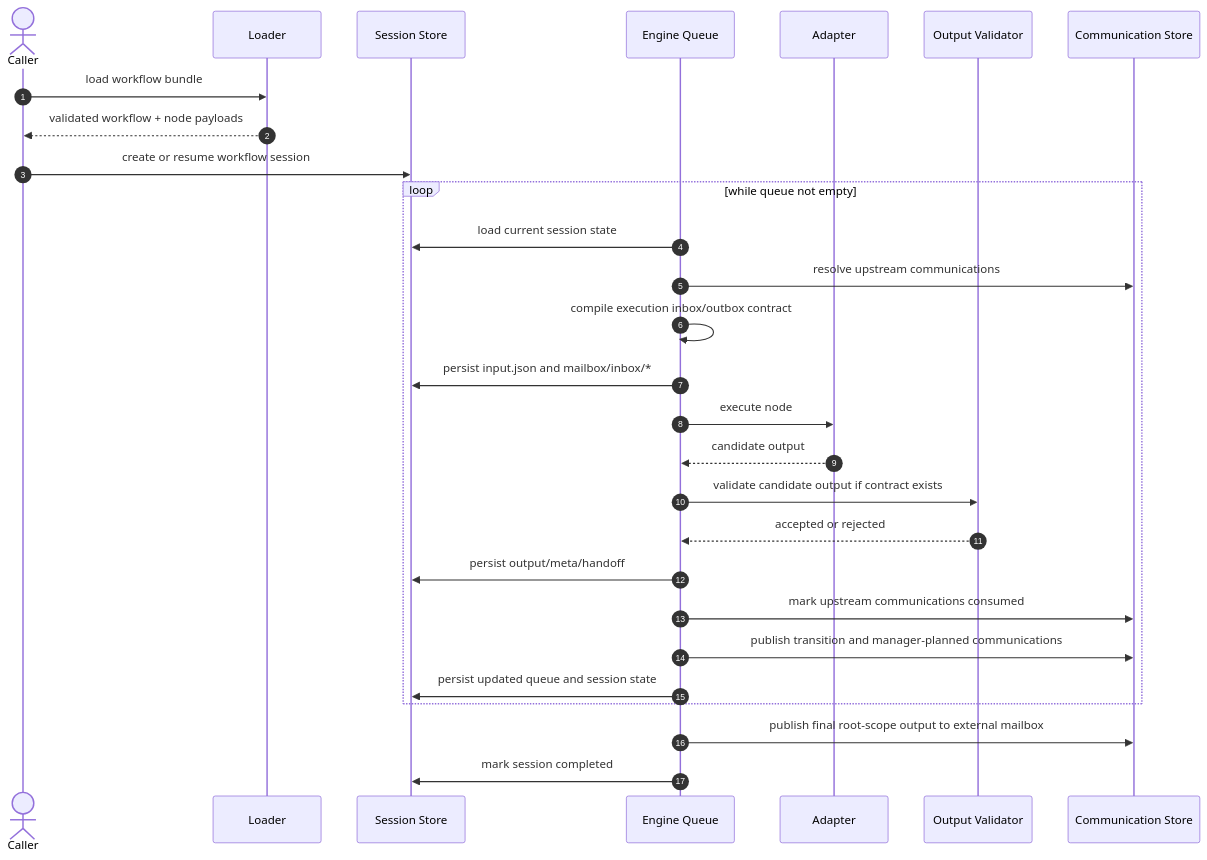
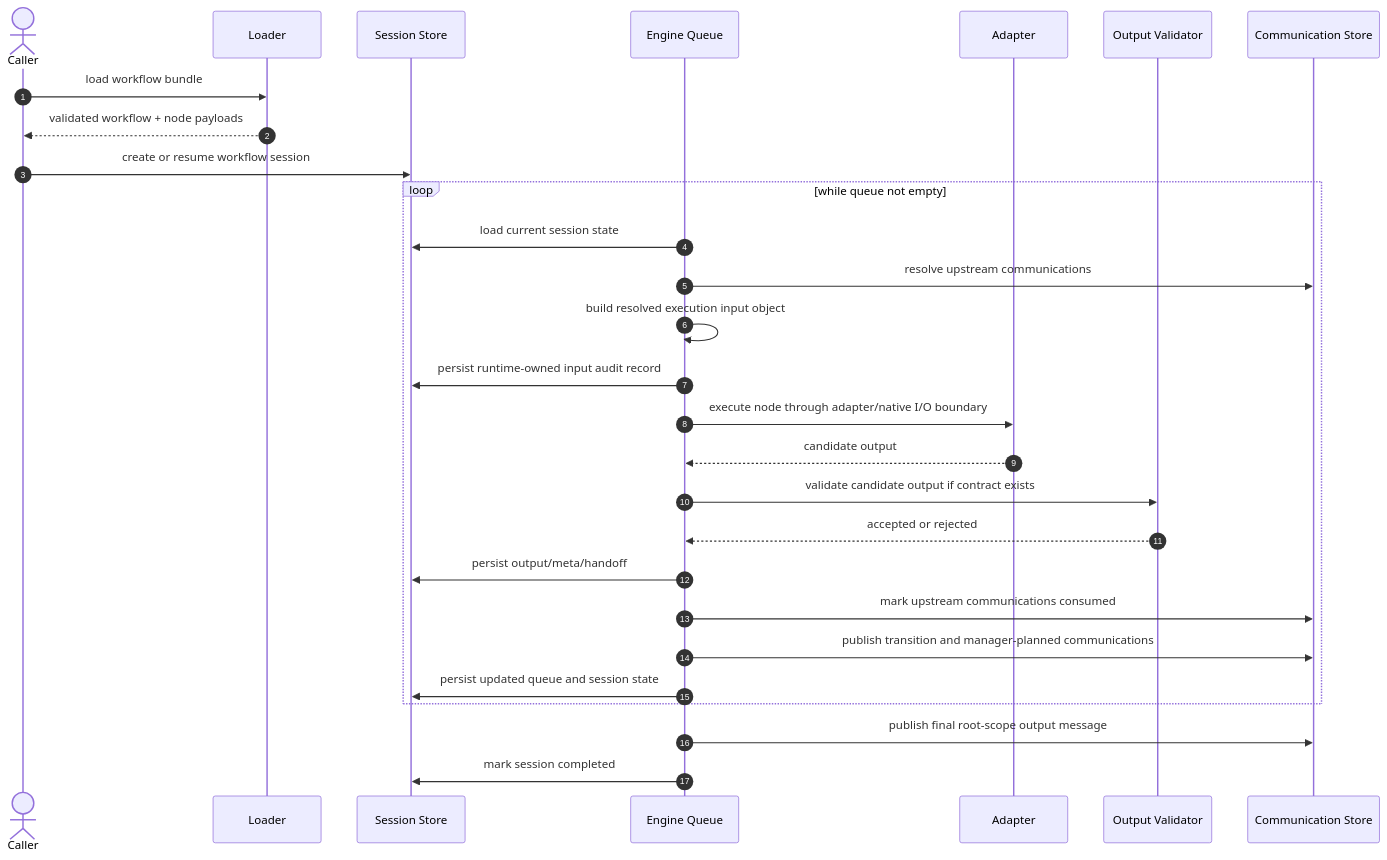
One commit to tacogips/rielflow changed the diagram in design-docs/specs/architecture.md. Above: the diagram before and after it, drawn with Mermaid. The commit also changed other lines of this file and 90 other files, not shown here.

Commit message:
Remove file-backed node execution mailbox contract

````diff
--- a/design-docs/specs/architecture.md
+++ b/design-docs/specs/architecture.md
@@ -1659,33 +1672,33 @@
 ```mermaid
 sequenceDiagram
     autonumber
     actor U as Caller
     participant L as Loader
     participant S as Session Store
     participant E as Engine Queue
     participant A as Adapter
     participant V as Output Validator
     participant C as Communication Store
 
     U->>L: load workflow bundle
     L-->>U: validated workflow + node payloads
     U->>S: create or resume workflow session
 
     loop while queue not empty
         E->>S: load current session state
         E->>C: resolve upstream communications
-        E->>E: compile execution inbox/outbox contract
-        E->>S: persist input.json and mailbox/inbox/*
-        E->>A: execute node
+        E->>E: build resolved execution input object
+        E->>S: persist runtime-owned input audit record
+        E->>A: execute node through adapter/native I/O boundary
         A-->>E: candidate output
         E->>V: validate candidate output if contract exists
         V-->>E: accepted or rejected
         E->>S: persist output/meta/handoff
         E->>C: mark upstream communications consumed
         E->>C: publish transition and manager-planned communications
         E->>S: persist updated queue and session state
     end
 
-    E->>C: publish final root-scope output to external mailbox
+    E->>C: publish final root-scope output message
     E->>S: mark session completed
 ```
````
